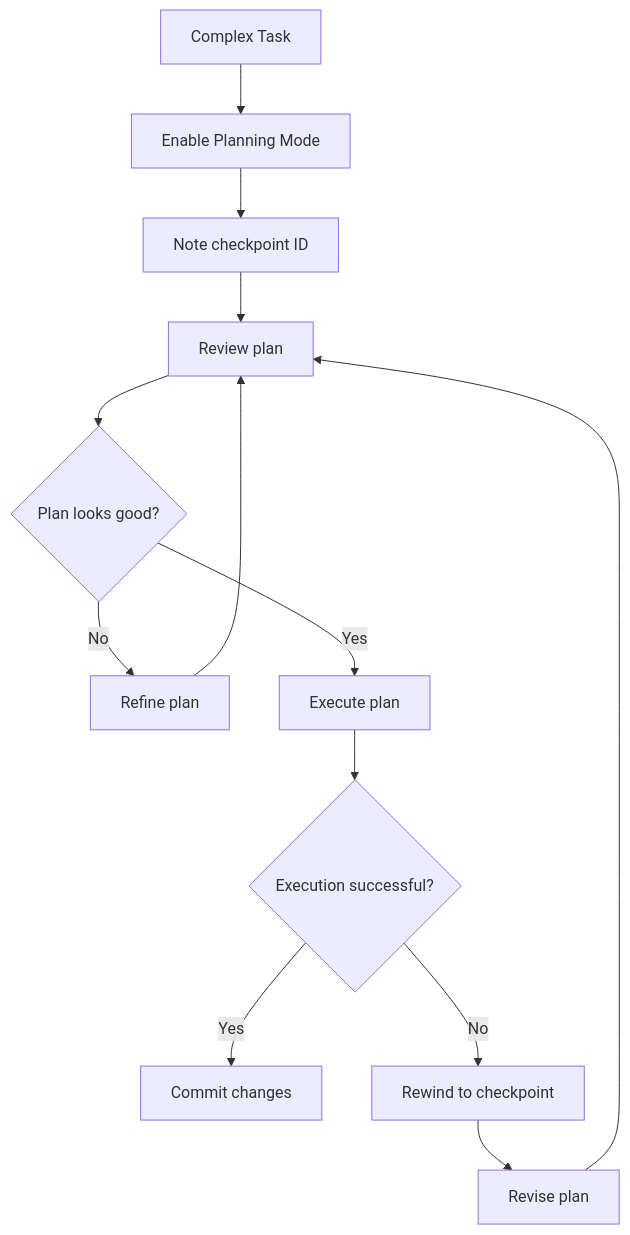
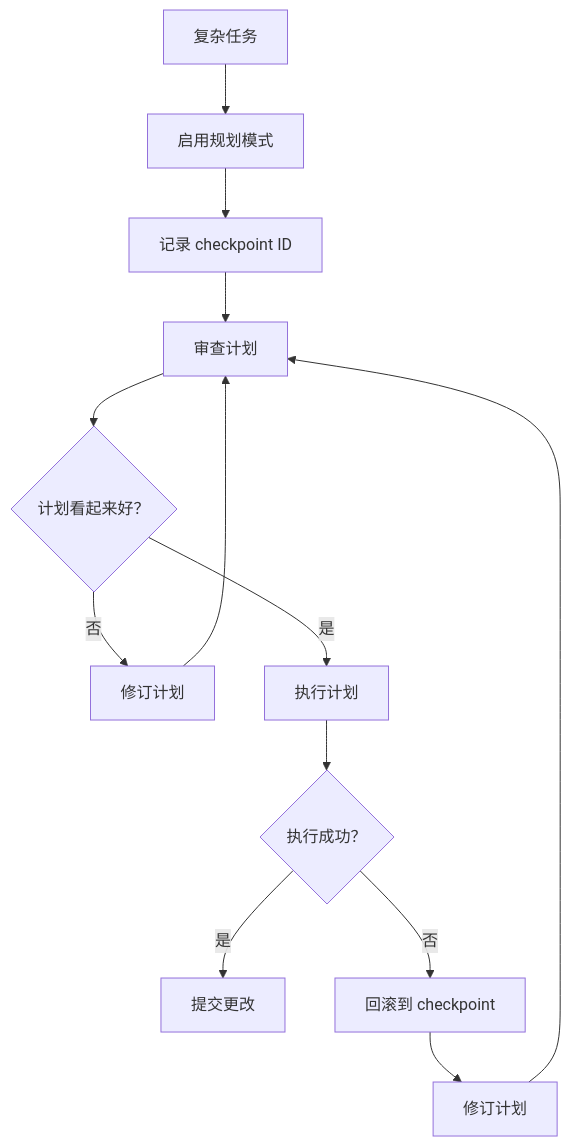
One commit to hellojoju/claude-code-lesson changed the fifth of 7 diagrams in 08-checkpoints/README.md. Above: the diagram before and after it, drawn with Mermaid. The commit also changed other lines of this file and 9 other files, not shown here.

````diff
--- a/08-checkpoints/README.md
+++ b/08-checkpoints/README.md
@@ -447,18 +447,18 @@
 ```mermaid
 flowchart TD
-    A[Complex Task] --> B[Enable Planning Mode]
-    B --> C[Note checkpoint ID]
-    C --> D[Review plan]
+    A[复杂任务] --> B[启用规划模式]
+    B --> C[记录 checkpoint ID]
+    C --> D[审查计划]
     
-    D --> E{Plan looks good?}
-    E -->|No| F[Refine plan]
+    D --> E{计划看起来好？}
+    E -->|否| F[修订计划]
     F --> D
     
-    E -->|Yes| G[Execute plan]
-    G --> H{Execution successful?}
+    E -->|是| G[执行计划]
+    G --> H{执行成功？}
     
-    H -->|Yes| I[Commit changes]
-    H -->|No| J[Rewind to checkpoint]
-    J --> K[Revise plan]
+    H -->|是| I[提交更改]
+    H -->|否| J[回滚到 checkpoint]
+    J --> K[修订计划]
     K --> D
 ```
````
